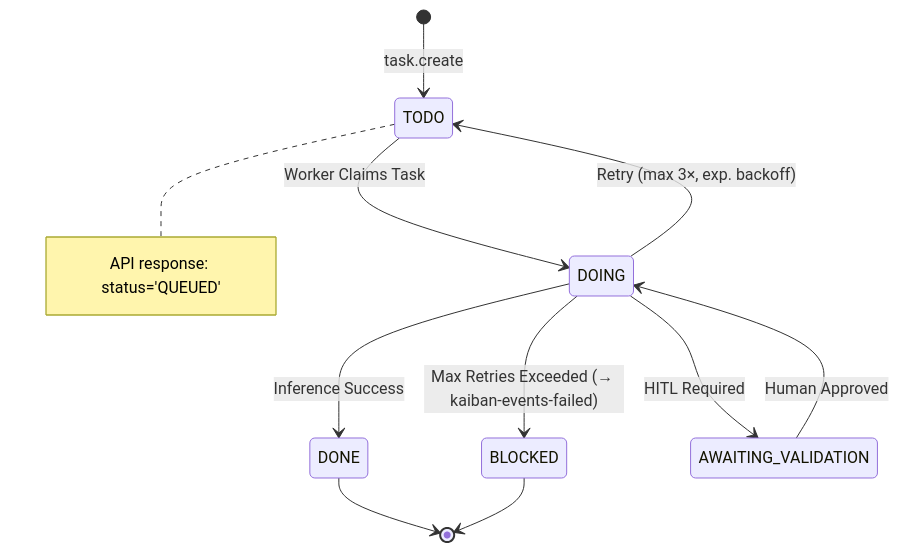
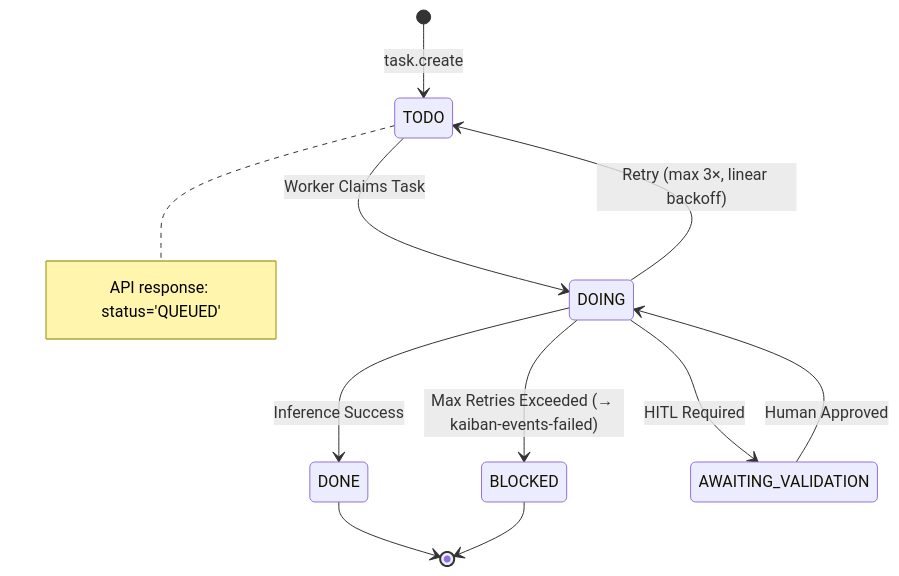
One commit to andreibesleaga/kaiban-distributed changed the fourth of 4 diagrams in README.md. Above: the diagram before and after it, drawn with Mermaid. The commit also changed other lines of this file and 10 other files, not shown here.

````diff
--- a/README.md
+++ b/README.md
@@ -271,18 +271,18 @@
 ```mermaid
 stateDiagram-v2
     [*] --> TODO : task.create
     note right of TODO
         API response: status='QUEUED'
     end note
     TODO --> DOING : Worker Claims Task
 
     DOING --> DONE : Inference Success
-    DOING --> TODO : Retry (max 3×, exp. backoff)
+    DOING --> TODO : Retry (max 3×, linear backoff)
     DOING --> BLOCKED : Max Retries Exceeded (→ kaiban-events-failed)
 
     DOING --> AWAITING_VALIDATION : HITL Required
     AWAITING_VALIDATION --> DOING : Human Approved
 
     DONE --> [*]
     BLOCKED --> [*]
 ```
````
